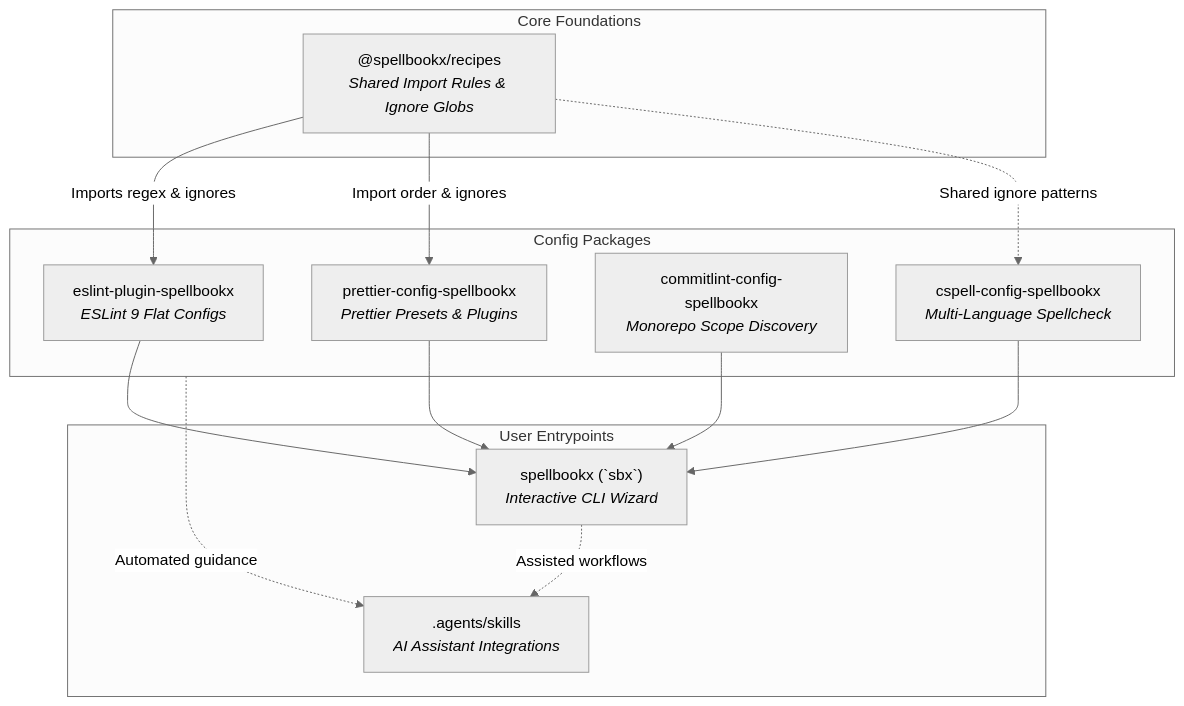
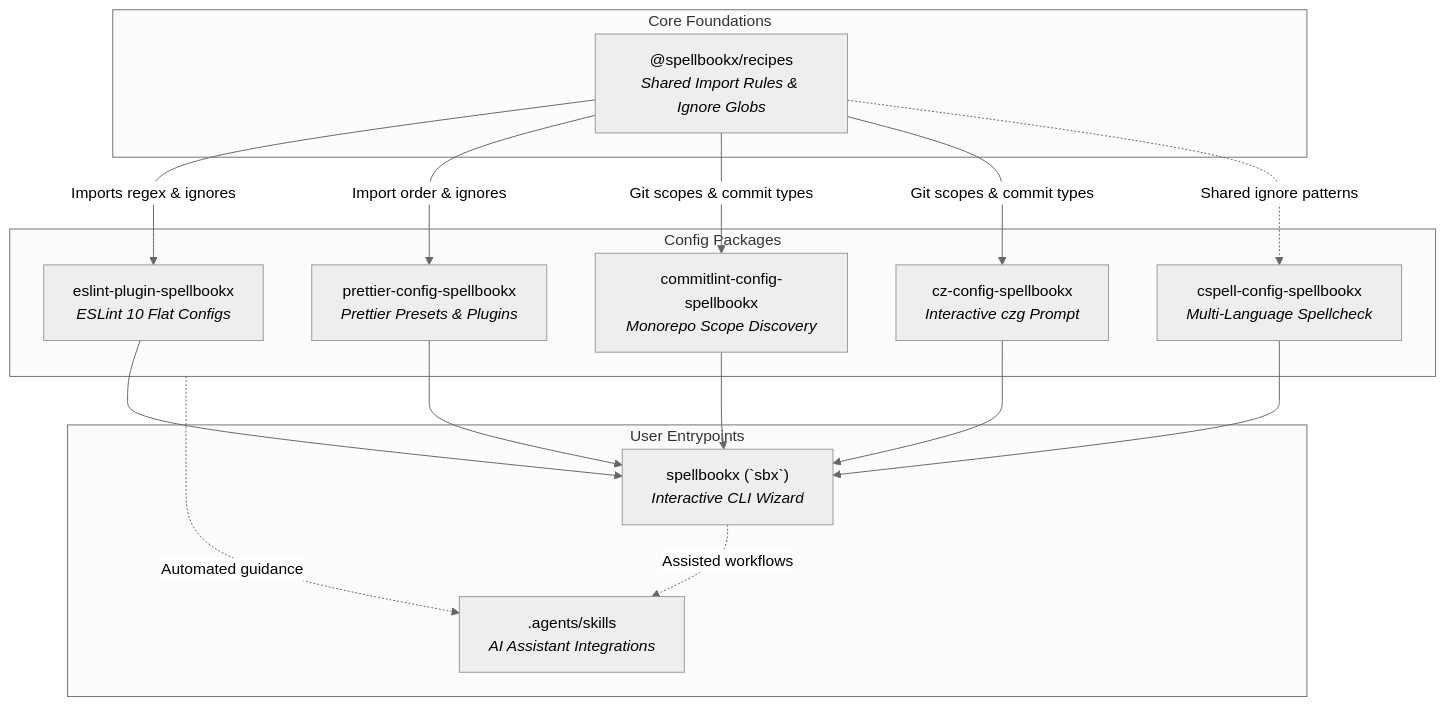
One commit to dcdavidev/spellbookx changed the diagram in docs/contribute/architecture.md. Above: the diagram before and after it, drawn with Mermaid (neutral theme). The commit also changed other lines of this file and 57 other files, not shown here.

Commit message:
chore(workspace): align monorepo architecture to template

````diff
--- a/docs/contribute/architecture.md
+++ b/docs/contribute/architecture.md
@@ -42,30 +78,34 @@
 ```mermaid
 flowchart TD
     subgraph Core ["Core Foundations"]
         RECIPES["@spellbookx/recipes<br/><i>Shared Import Rules & Ignore Globs</i>"]
     end
 
     subgraph Tooling ["Config Packages"]
-        ESLINT["eslint-plugin-spellbookx<br/><i>ESLint 9 Flat Configs</i>"]
+        ESLINT["eslint-plugin-spellbookx<br/><i>ESLint 10 Flat Configs</i>"]
         PRETTIER["prettier-config-spellbookx<br/><i>Prettier Presets & Plugins</i>"]
         COMMITLINT["commitlint-config-spellbookx<br/><i>Monorepo Scope Discovery</i>"]
+        CZ["cz-config-spellbookx<br/><i>Interactive czg Prompt</i>"]
         CSPELL["cspell-config-spellbookx<br/><i>Multi-Language Spellcheck</i>"]
     end
 
     subgraph Distribution ["User Entrypoints"]
         CLI["spellbookx (`sbx`)<br/><i>Interactive CLI Wizard</i>"]
         SKILLS[".agents/skills<br/><i>AI Assistant Integrations</i>"]
     end
 
     RECIPES -->|Imports regex & ignores| ESLINT
     RECIPES -->|Import order & ignores| PRETTIER
+    RECIPES -->|Git scopes & commit types| COMMITLINT
+    RECIPES -->|Git scopes & commit types| CZ
     RECIPES -.->|Shared ignore patterns| CSPELL
 
     ESLINT --> CLI
     PRETTIER --> CLI
     COMMITLINT --> CLI
+    CZ --> CLI
     CSPELL --> CLI
 
     Tooling -.->|Automated guidance| SKILLS
     CLI -.->|Assisted workflows| SKILLS
 ```
````
